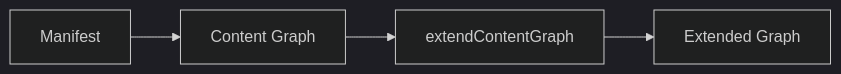
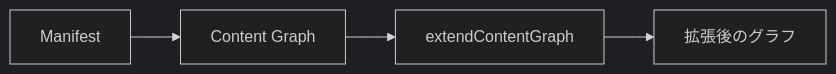
Before and after one commit to Rerurate514/riebeckite: the first of 8 diagrams in docs/docs/framework/plugin-system/pipeline.ja.md, drawn with Mermaid (dark theme). The commit also changed other lines of this file and 310 other files, not shown here.

````diff
--- a/docs/docs/framework/plugin-system/pipeline.ja.md
+++ b/docs/docs/framework/plugin-system/pipeline.ja.md
@@ -61,11 +54,11 @@
 ```mermaid id="kjw3kt"
 flowchart LR
     Manifest["Manifest"]
     Graph["Content Graph"]
     Plugin["extendContentGraph"]
-    Result["Extended Graph"]
+    Result["拡張後のグラフ"]
 
     Manifest --> Graph
     Graph --> Plugin
     Plugin --> Result
 ```
````
